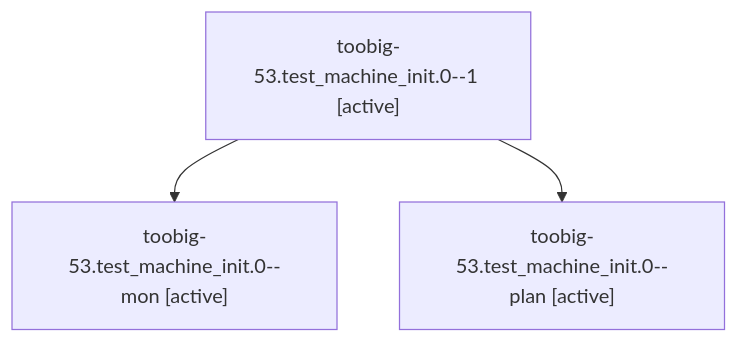
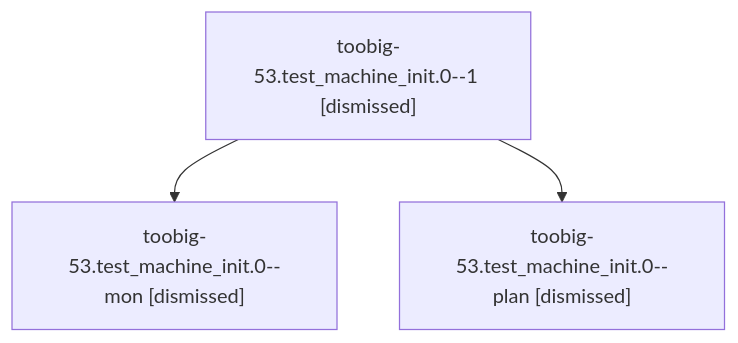
Before and after one commit to sase-org/sase--agents: the diagram in sessions/bbugyi200.athena.toobig-53.test_machine_init.0.md, drawn with Mermaid. The commit also changed other lines of this file and 101 other files, not shown here.

````diff
--- a/sessions/bbugyi200.athena.toobig-53.test_machine_init.0.md
+++ b/sessions/bbugyi200.athena.toobig-53.test_machine_init.0.md
@@ -9,8 +9,8 @@
 ```mermaid
 flowchart TD
-  n0["toobig-53.test_machine_init.0--1 [active]"]
-  n1["toobig-53.test_machine_init.0--mon [active]"]
+  n0["toobig-53.test_machine_init.0--1 [dismissed]"]
+  n1["toobig-53.test_machine_init.0--mon [dismissed]"]
   n0 --> n1
-  n2["toobig-53.test_machine_init.0--plan [active]"]
+  n2["toobig-53.test_machine_init.0--plan [dismissed]"]
   n0 --> n2
 ```
````
